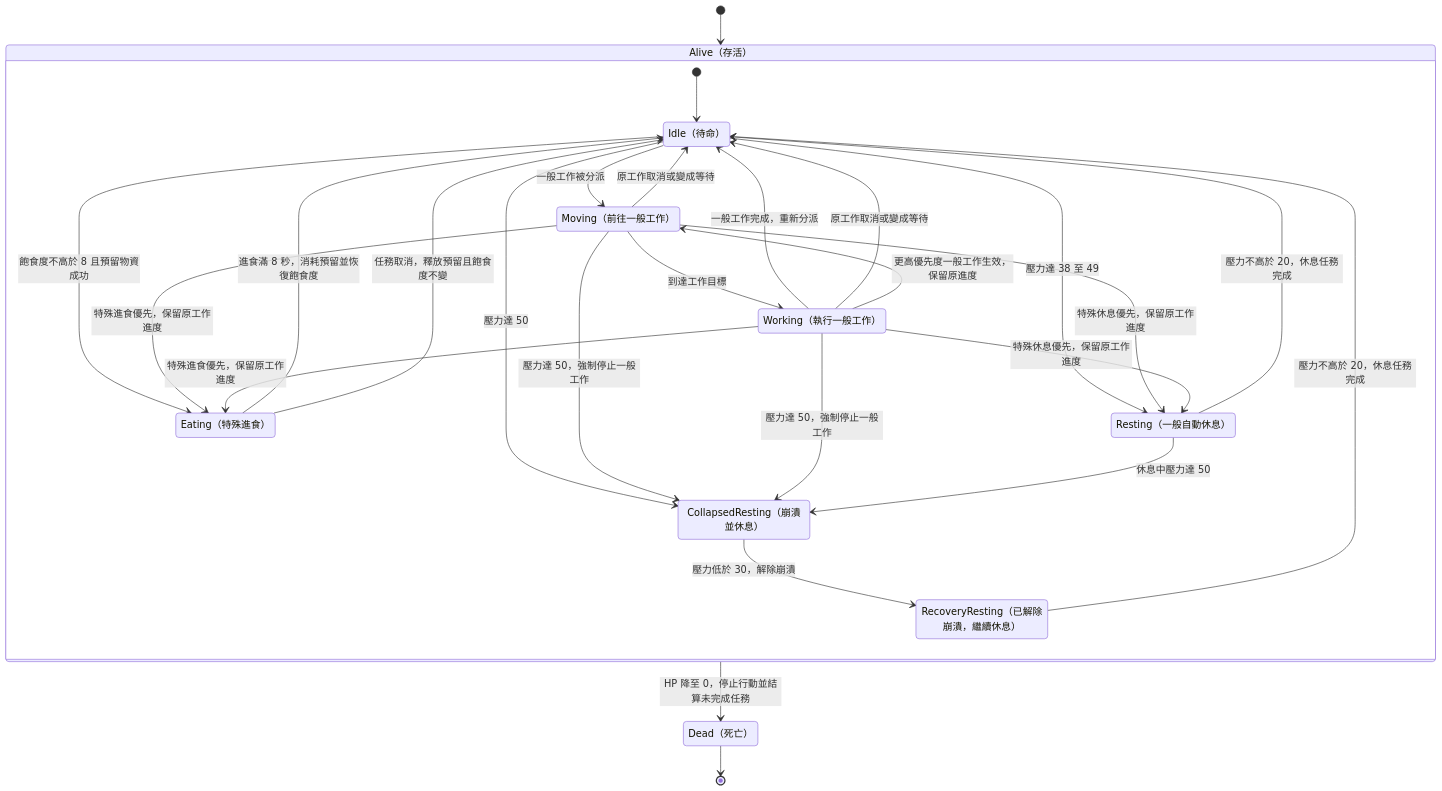
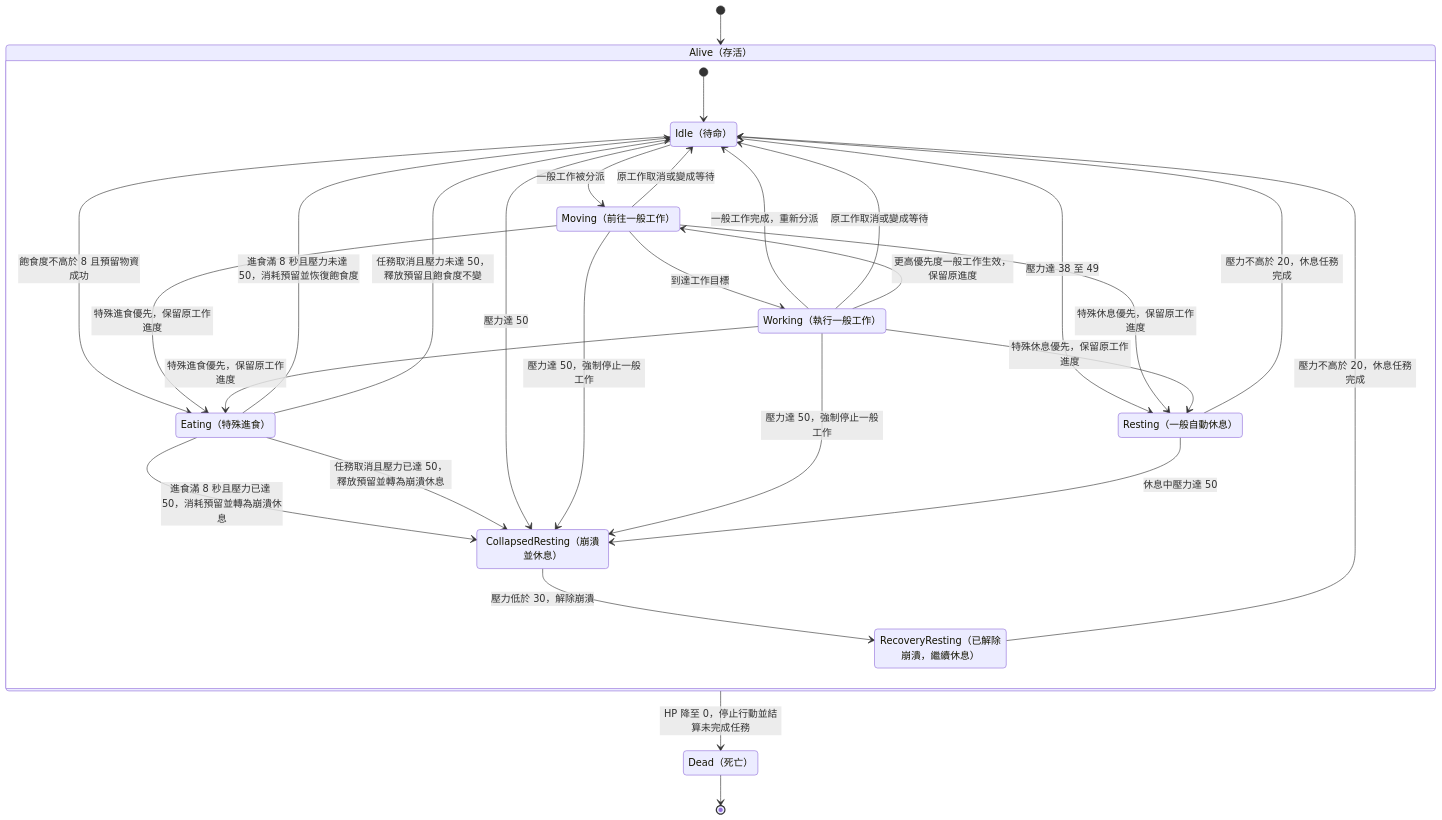
One commit to ntust-swe-project/group-waterfall changed the diagram in docs/uml/state-colonist.md. Above: the diagram before and after it, drawn with Mermaid. The commit also changed other lines of this file, not shown here.

Commit message:
docs(uml): handle eating completion during collapse

````diff
--- a/docs/uml/state-colonist.md
+++ b/docs/uml/state-colonist.md
@@ -10,46 +10,48 @@
 ```mermaid
 stateDiagram-v2
     direction TB
 
     state "Alive（存活）" as Alive {
         [*] --> Idle
 
         state "Idle（待命）" as Idle
         state "Moving（前往一般工作）" as Moving
         state "Working（執行一般工作）" as Working
         state "Eating（特殊進食）" as Eating
         state "Resting（一般自動休息）" as Resting
         state "CollapsedResting（崩潰並休息）" as CollapsedResting
         state "RecoveryResting（已解除崩潰，繼續休息）" as RecoveryResting
 
         Idle --> Moving : 一般工作被分派
         Moving --> Working : 到達工作目標
         Working --> Idle : 一般工作完成，重新分派
         Moving --> Idle : 原工作取消或變成等待
         Working --> Idle : 原工作取消或變成等待
         Working --> Moving : 更高優先度一般工作生效，保留原進度
 
         Idle --> Eating : 飽食度不高於 8 且預留物資成功
         Moving --> Eating : 特殊進食優先，保留原工作進度
         Working --> Eating : 特殊進食優先，保留原工作進度
-        Eating --> Idle : 進食滿 8 秒，消耗預留並恢復飽食度
-        Eating --> Idle : 任務取消，釋放預留且飽食度不變
+        Eating --> Idle : 進食滿 8 秒且壓力未達 50，消耗預留並恢復飽食度
+        Eating --> CollapsedResting : 進食滿 8 秒且壓力已達 50，消耗預留並轉為崩潰休息
+        Eating --> Idle : 任務取消且壓力未達 50，釋放預留且飽食度不變
+        Eating --> CollapsedResting : 任務取消且壓力已達 50，釋放預留並轉為崩潰休息
 
         Idle --> Resting : 壓力達 38 至 49
         Moving --> Resting : 特殊休息優先，保留原工作進度
         Working --> Resting : 特殊休息優先，保留原工作進度
         Resting --> Idle : 壓力不高於 20，休息任務完成
 
         Idle --> CollapsedResting : 壓力達 50
         Moving --> CollapsedResting : 壓力達 50，強制停止一般工作
         Working --> CollapsedResting : 壓力達 50，強制停止一般工作
         Resting --> CollapsedResting : 休息中壓力達 50
         CollapsedResting --> RecoveryResting : 壓力低於 30，解除崩潰
         RecoveryResting --> Idle : 壓力不高於 20，休息任務完成
     }
 
     state "Dead（死亡）" as Dead
     [*] --> Alive
     Alive --> Dead : HP 降至 0，停止行動並結算未完成任務
     Dead --> [*]
 ```
````
